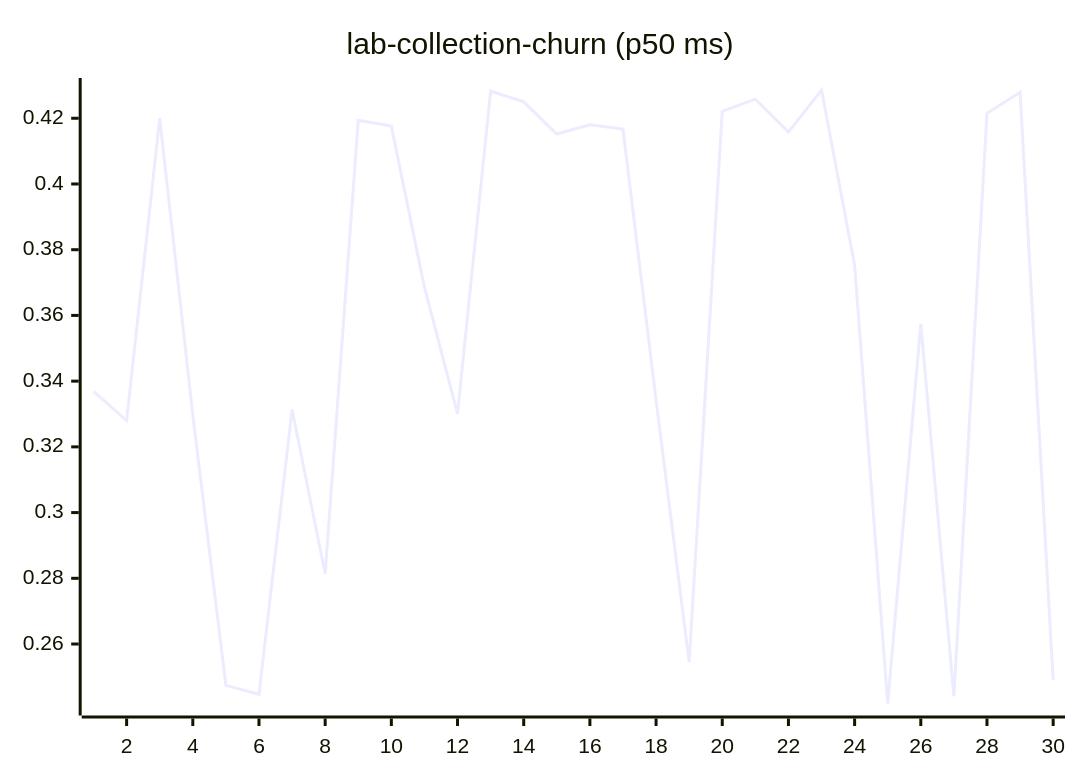
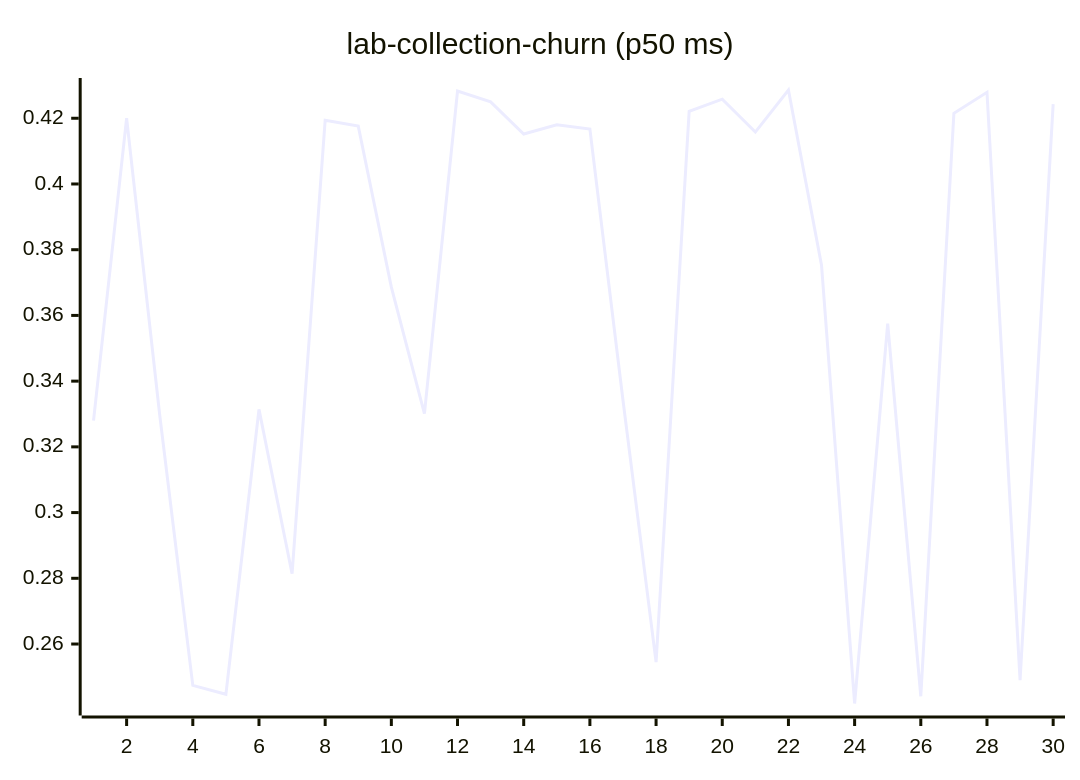
One commit to josha/Facet changed diagram 11 of 27 in README.md. Above: the diagram before and after it, drawn with Mermaid. The commit also changed other lines of this file and 2 other files, not shown here.

````diff
--- a/README.md
+++ b/README.md
@@ -133,6 +133,6 @@
 ```mermaid
 xychart-beta
     title "lab-collection-churn (p50 ms)"
     x-axis 1 --> 30
-    line [0.3369, 0.3280, 0.4200, 0.3297, 0.2474, 0.2447, 0.3314, 0.2814, 0.4194, 0.4176, 0.3686, 0.3301, 0.4283, 0.4250, 0.4152, 0.4180, 0.4167, 0.3342, 0.2545, 0.4221, 0.4258, 0.4158, 0.4286, 0.3753, 0.2419, 0.3575, 0.2441, 0.4215, 0.4279, 0.2490]
+    line [0.3280, 0.4200, 0.3297, 0.2474, 0.2447, 0.3314, 0.2814, 0.4194, 0.4176, 0.3686, 0.3301, 0.4283, 0.4250, 0.4152, 0.4180, 0.4167, 0.3342, 0.2545, 0.4221, 0.4258, 0.4158, 0.4286, 0.3753, 0.2419, 0.3575, 0.2441, 0.4215, 0.4279, 0.2490, 0.4243]
 ```
````
